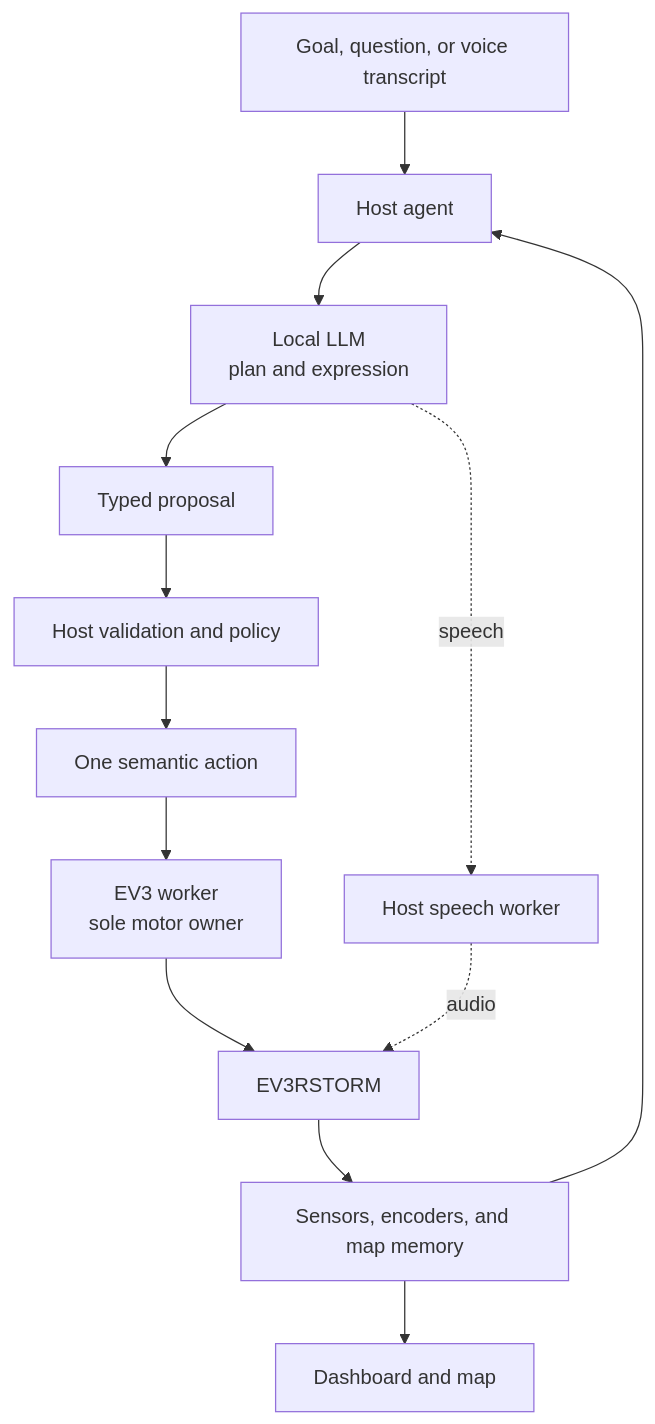
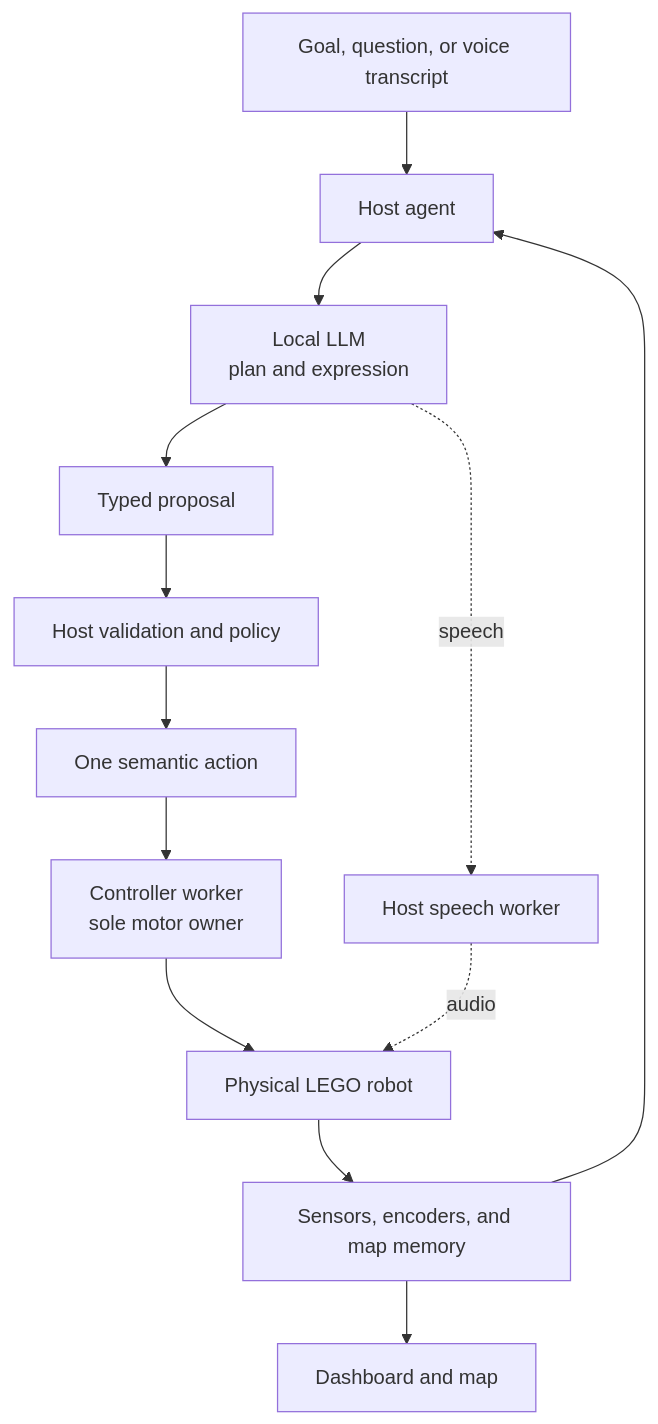
Before and after one commit to Jawbreaker1/robot-llm: the diagram in README.md, drawn with Mermaid. The commit also changed other lines of this file, not shown here.

````diff
--- a/README.md
+++ b/README.md
@@ -83,15 +79,15 @@
 ```mermaid
 flowchart TD
     U["Goal, question, or voice transcript"] --> H["Host agent"]
     S["Sensors, encoders, and map memory"] --> H
     H --> L["Local LLM<br/>plan and expression"]
     L --> V["Typed proposal"]
     V --> P["Host validation and policy"]
     P --> A["One semantic action"]
-    A --> W["EV3 worker<br/>sole motor owner"]
-    W --> R["EV3RSTORM"]
+    A --> W["Controller worker<br/>sole motor owner"]
+    W --> R["Physical LEGO robot"]
     R --> S
     L -. speech .-> T["Host speech worker"]
     T -. audio .-> R
     S --> D["Dashboard and map"]
 ```
````
